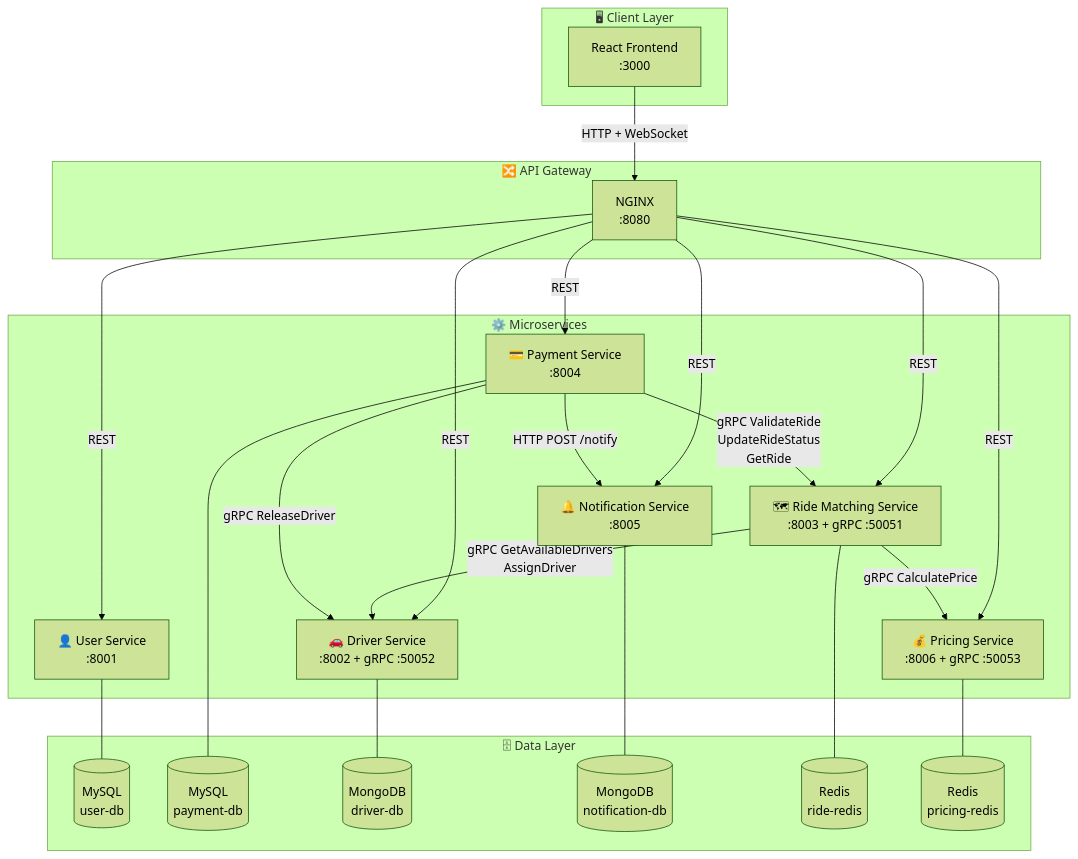
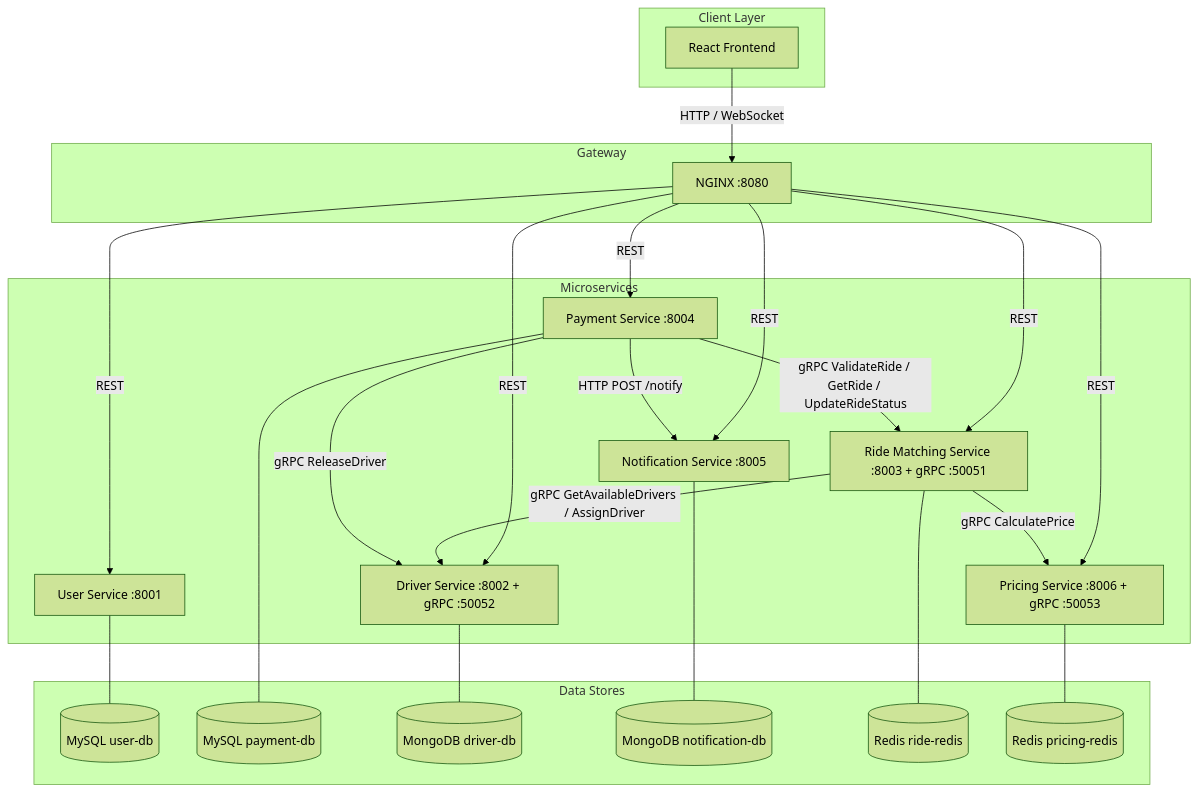
Before and after one commit to aaditya2210/ride-booking-modified: the first of 3 diagrams in README.md, drawn with Mermaid (forest theme). The commit also changed other lines of this file and 26 other files, not shown here.

````diff
--- a/README.md
+++ b/README.md
@@ -186,49 +200,50 @@
 ```mermaid
 graph TD
-    subgraph CLIENT["🖥 Client Layer"]
-        FE["React Frontend\n:3000"]
+    subgraph Client["Client Layer"]
+        FE["React Frontend"]
     end
 
-    subgraph GATEWAY["🔀 API Gateway"]
-        NGINX["NGINX\n:8080"]
+    subgraph Gateway["Gateway"]
+        NGINX["NGINX :8080"]
     end
 
-    subgraph SERVICES["⚙️ Microservices"]
-        US["👤 User Service\n:8001"]
-        DS["🚗 Driver Service\n:8002 + gRPC :50052"]
-        RMS["🗺 Ride Matching Service\n:8003 + gRPC :50051"]
-        PS["💰 Pricing Service\n:8006 + gRPC :50053"]
-        PAY["💳 Payment Service\n:8004"]
-        NS["🔔 Notification Service\n:8005"]
+    subgraph Services["Microservices"]
+        US["User Service :8001"]
+        DS["Driver Service :8002 + gRPC :50052"]
+        RMS["Ride Matching Service :8003 + gRPC :50051"]
+        PS["Pricing Service :8006 + gRPC :50053"]
+        PAY["Payment Service :8004"]
+        NS["Notification Service :8005"]
     end
 
-    subgraph DATABASES["🗄 Data Layer"]
-        USERDB[("MySQL\nuser-db")]
-        PAYDB[("MySQL\npayment-db")]
-        DRIVERDB[("MongoDB\ndriver-db")]
-        NOTIFDB[("MongoDB\nnotification-db")]
-        RIDEREDIS[("Redis\nride-redis")]
-        PRICEREDIS[("Redis\npricing-redis")]
+    subgraph Data["Data Stores"]
+        UDB[("MySQL user-db")]
+        PDB[("MySQL payment-db")]
+        DDB[("MongoDB driver-db")]
+        NDB[("MongoDB notification-db")]
+        RREDIS[("Redis ride-redis")]
+        PREDIS[("Redis pricing-redis")]
     end
 
-    FE -->|HTTP + WebSocket| NGINX
+    FE -->|HTTP / WebSocket| NGINX
+
     NGINX -->|REST| US
     NGINX -->|REST| DS
     NGINX -->|REST| RMS
     NGINX -->|REST| PAY
     NGINX -->|REST| NS
     NGINX -->|REST| PS
 
-    RMS -->|gRPC GetAvailableDrivers\nAssignDriver| DS
+    RMS -->|gRPC GetAvailableDrivers / AssignDriver| DS
     RMS -->|gRPC CalculatePrice| PS
-    PAY -->|gRPC ValidateRide\nUpdateRideStatus\nGetRide| RMS
+    PAY -->|gRPC ValidateRide / GetRide / UpdateRideStatus| RMS
     PAY -->|gRPC ReleaseDriver| DS
     PAY -->|HTTP POST /notify| NS
 
-    US --- USERDB
-    PAY --- PAYDB
-    DS --- DRIVERDB
-    NS --- NOTIFDB
-    RMS --- RIDEREDIS
-    PS --- PRICEREDIS
+    US --- UDB
+    PAY --- PDB
+    DS --- DDB
+    NS --- NDB
+    RMS --- RREDIS
+    PS --- PREDIS
 ```
````
